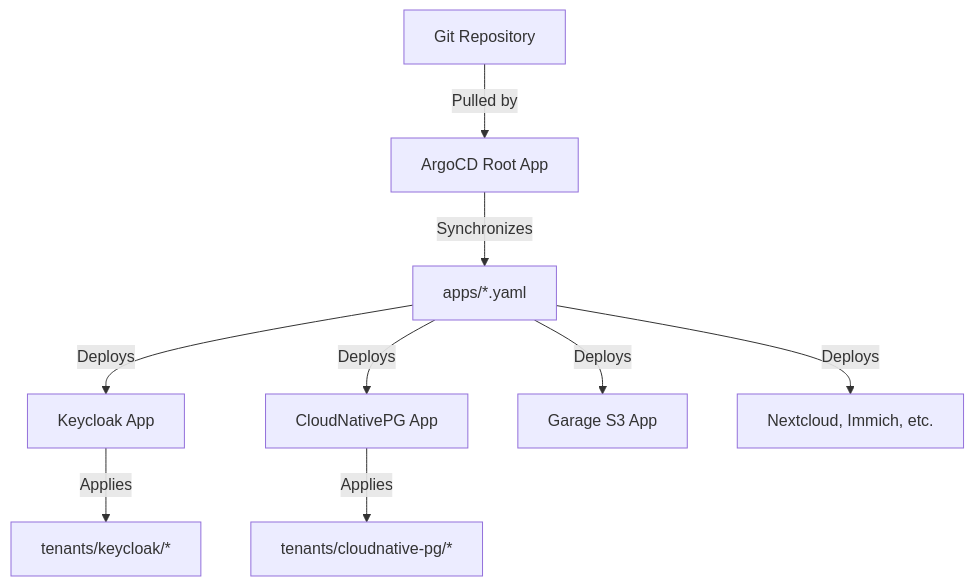
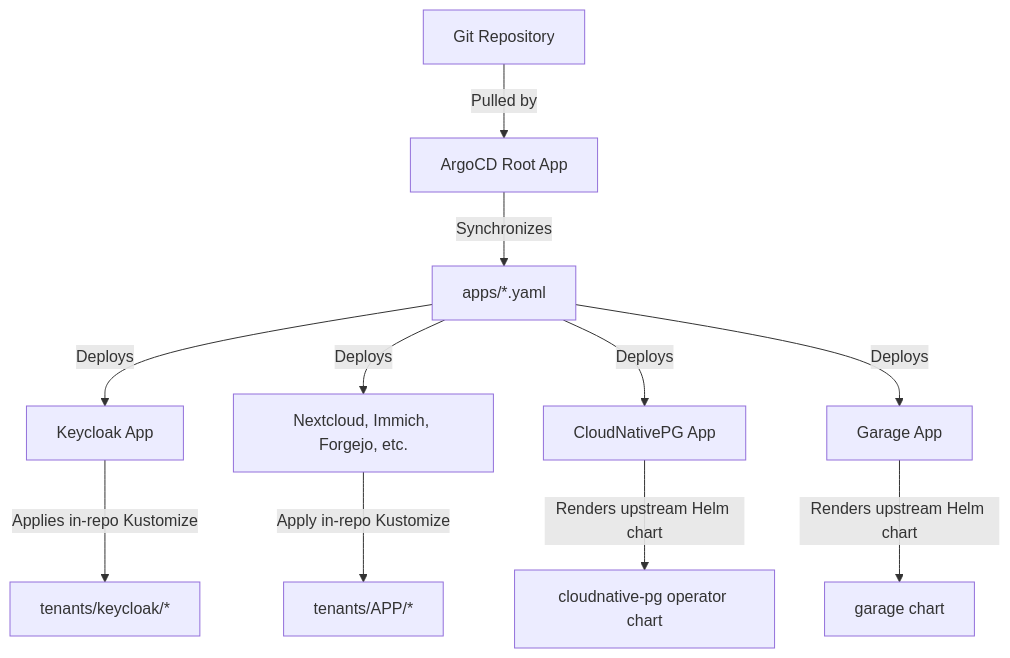
Before and after one commit to stephan271/smallworlds: the first of 2 diagrams in smallworlds_architecture.md, drawn with Mermaid. The commit also changed other lines of this file and 1 other file, not shown here.

Commit message:
docs(architecture): correct the App of Apps diagram
The diagram claimed the CloudNativePG Application applies an in-repo
tenants/cloudnative-pg/* directory, which does not exist. Verified
against apps/*.yaml that Applications come in two kinds:

- in-repo Kustomize (path: .../tenants/<name>): Keycloak + all
  end-user apps
- upstream Helm charts (external chart+repoURL): CloudNativePG,
  Garage, Traefik, cert-manager, kube-prometheus-stack, loki-stack,
  trivy-operator, auto-remediator

Redraw the diagram to show both source types and update the Section 2
prose accordingly. Validated with mermaid-cli.

````diff
--- a/smallworlds_architecture.md
+++ b/smallworlds_architecture.md
@@ -23,12 +23,14 @@
 ```mermaid
 graph TD
     GitRepo[Git Repository] -->|Pulled by| ArgoRoot[ArgoCD Root App]
     ArgoRoot -->|Synchronizes| AppsDir[apps/*.yaml]
     AppsDir -->|Deploys| K[Keycloak App]
+    AppsDir -->|Deploys| TApps[Nextcloud, Immich, Forgejo, etc.]
     AppsDir -->|Deploys| CNPG[CloudNativePG App]
-    AppsDir -->|Deploys| G[Garage S3 App]
-    AppsDir -->|Deploys| Apps[Nextcloud, Immich, etc.]
+    AppsDir -->|Deploys| G[Garage App]
 
-    K -->|Applies| TenantK[tenants/keycloak/*]
-    CNPG -->|Applies| TenantCNPG[tenants/cloudnative-pg/*]
+    K -->|Applies in-repo Kustomize| TenantK[tenants/keycloak/*]
+    TApps -->|Apply in-repo Kustomize| TenantDirs[tenants/APP/*]
+    CNPG -->|Renders upstream Helm chart| CNPGChart[cloudnative-pg operator chart]
+    G -->|Renders upstream Helm chart| GChart[garage chart]
 ```
````
